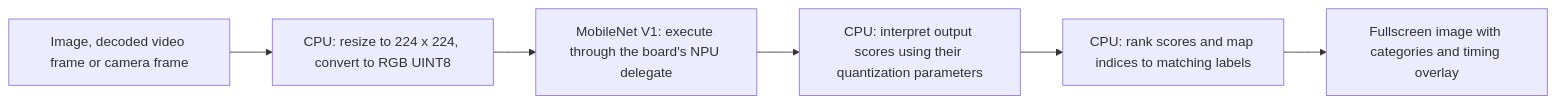
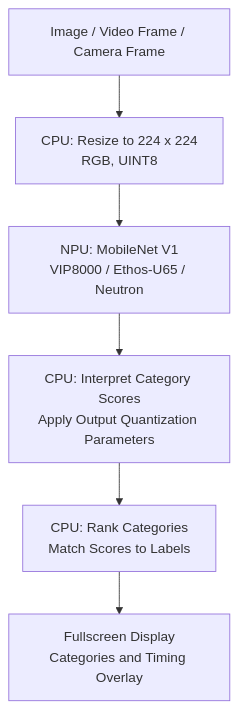
Before and after one commit to dorta/var-demos: the second of 3 diagrams in README.md, drawn with Mermaid.

Commit message:
docs: make classification flow readable with vertical layout

````diff
--- a/README.md
+++ b/README.md
@@ -184,9 +184,9 @@
 ```mermaid
-flowchart LR
-    I["Image, decoded video frame or camera frame"]
-    I --> P["CPU: resize to 224 x 224, convert to RGB UINT8"]
-    P --> N["MobileNet V1: execute through the board's NPU delegate"]
-    N --> S["CPU: interpret output scores using their quantization parameters"]
-    S --> L["CPU: rank scores and map indices to matching labels"]
-    L --> O["Fullscreen image with categories and timing overlay"]
+flowchart TD
+    I["Image / Video Frame / Camera Frame"]
+    I --> P["CPU: Resize to 224 x 224<br/>RGB, UINT8"]
+    P --> N["NPU: MobileNet V1<br/>VIP8000 / Ethos-U65 / Neutron"]
+    N --> S["CPU: Interpret Category Scores<br/>Apply Output Quantization Parameters"]
+    S --> L["CPU: Rank Categories<br/>Match Scores to Labels"]
+    L --> O["Fullscreen Display<br/>Categories and Timing Overlay"]
 ```
````
